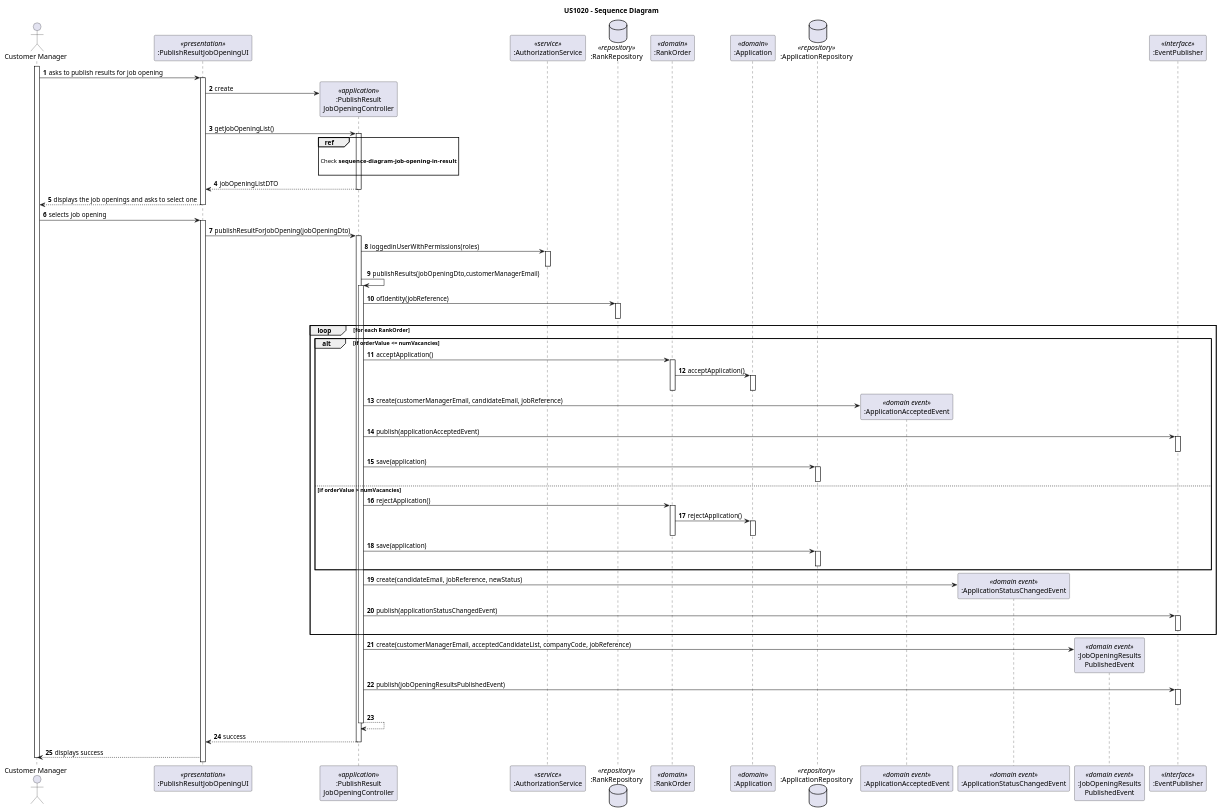
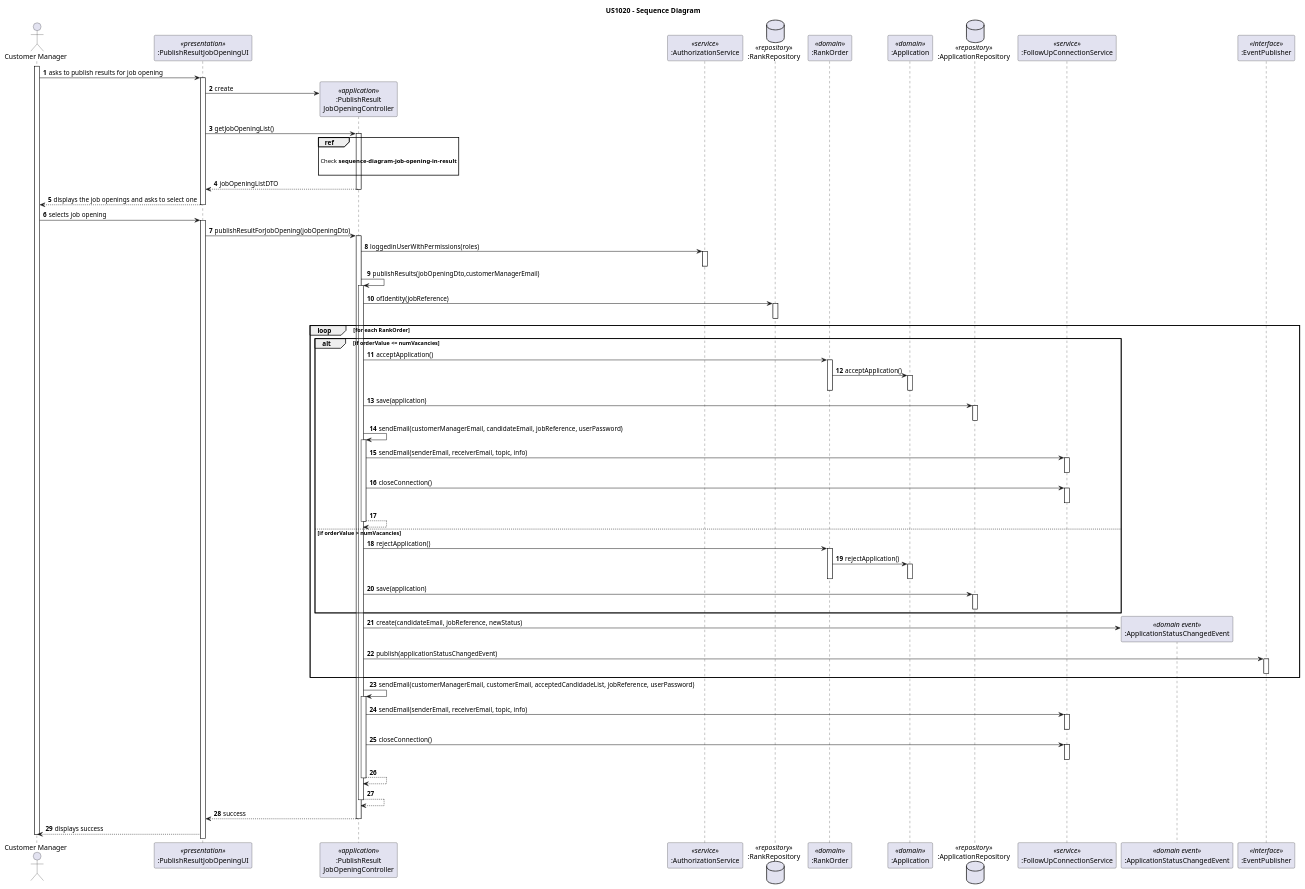
Before and after one commit to rita-barbosa/LAPR4-2324: the diagram in docs/sprint-c/us_1020/design-diagrams/sequence-diagram.puml, drawn with PlantUML. The commit also changed 8 other files, not shown here.

```diff
--- a/docs/sprint-c/us_1020/design-diagrams/sequence-diagram.puml
+++ b/docs/sprint-c/us_1020/design-diagrams/sequence-diagram.puml
@@ -1,125 +1,142 @@
 @startuml
 'https://plantuml.com/sequence-diagram
 
 title US1020 - Sequence Diagram
 
 autonumber
 
 actor "Customer Manager" as USER
 participant ":PublishResultJobOpeningUI" as UI <<presentation>>
 participant ":PublishResult\nJobOpeningController" as CTRL <<application>>
 participant ":AuthorizationService" as AUTHZ <<service>>
 database ":RankRepository" as R_REPO <<repository>>
 participant ":RankOrder" as R <<domain>>
 participant ":Application" as A <<domain>>
 database ":ApplicationRepository" as A_REPO <<repository>>
-participant ":ApplicationAcceptedEvent" as NAAE <<domain event>>
+participant ":FollowUpConnectionService" as FUCS <<service>>
 participant ":ApplicationStatusChangedEvent" as ASCE <<domain event>>
-participant ":JobOpeningResults\nPublishedEvent" as JORPE <<domain event>>
 participant ":EventPublisher" as EP <<interface>>
 
 
 activate USER
 
 USER -> UI : asks to publish results for job opening
 activate UI
 
 UI -> CTRL**: create
 
 UI -> CTRL : getJobOpeningList()
 activate CTRL
 
 ref over CTRL
 
 Check **sequence-diagram-job-opening-in-result**
 
 end ref
 
 CTRL --> UI: jobOpeningListDTO
 deactivate CTRL
 
 UI --> USER : displays the job openings and asks to select one
 deactivate UI
 
 
 USER -> UI : selects job opening
 activate UI
 
     UI -> CTRL: publishResultForJobOpening(jobOpeningDto)
     activate CTRL
 
     CTRL -> AUTHZ:  loggedinUserWithPermissions(roles)
     activate AUTHZ
     deactivate AUTHZ
 
     CTRL -> CTRL : publishResults(jobOpeningDto,customerManagerEmail)
     activate CTRL
 
         CTRL -> R_REPO: ofIdentity(jobReference)
         activate R_REPO
         deactivate R_REPO
 
 
 
             loop for each RankOrder
 
                 alt if orderValue <= numVacancies
 
                     CTRL -> R : acceptApplication()
                     activate R
 
                     R -> A : acceptApplication()
                     activate A
                     deactivate A
                     deactivate R
 
-                    CTRL -> NAAE**: create(customerManagerEmail, candidateEmail, jobReference)
-                    CTRL -> EP: publish(applicationAcceptedEvent)
-                    activate EP
-                    deactivate EP
-
                     CTRL -> A_REPO: save(application)
                     activate A_REPO
                     deactivate A_REPO
+
+                    CTRL -> CTRL:  sendEmail(customerManagerEmail, candidateEmail, jobReference, userPassword)
+                    activate CTRL
+
+                    CTRL -> FUCS: sendEmail(senderEmail, receiverEmail, topic, info)
+                    activate FUCS
+                    deactivate FUCS
+
+                    CTRL -> FUCS: closeConnection()
+                    activate FUCS
+                    deactivate FUCS
+
+                    CTRL --> CTRL:
+                    deactivate CTRL
+
                 else if orderValue > numVacancies
 
                     CTRL -> R : rejectApplication()
                     activate R
 
                     R -> A : rejectApplication()
                     activate A
                     deactivate A
                     deactivate R
 
                     CTRL -> A_REPO: save(application)
                     activate A_REPO
                     deactivate A_REPO
                 end alt
 
 
-
-               CTRL -> ASCE** : create(candidateEmail, jobReference, newStatus)
+                CTRL -> ASCE** : create(candidateEmail, jobReference, newStatus)
                 CTRL-> EP: publish(applicationStatusChangedEvent)
                 activate EP
                 deactivate EP
             end loop
 
+            CTRL -> CTRL:  sendEmail(customerManagerEmail, customerEmail, acceptedCandidadeList, jobReference, userPassword)
+            activate CTRL
 
-    CTRL-> JORPE**: create(customerManagerEmail, acceptedCandidateList, companyCode, jobReference)
-    CTRL -> EP: publish(jobOpeningResultsPublishedEvent)
-    activate EP
-    deactivate EP
+            CTRL -> FUCS: sendEmail(senderEmail, receiverEmail, topic, info)
+            activate FUCS
+            deactivate FUCS
+
+            CTRL -> FUCS: closeConnection()
+            activate FUCS
+            deactivate FUCS
+
+            CTRL --> CTRL:
+            deactivate CTRL
+
 
 
     CTRL --> CTRL:
     deactivate CTRL
 
 CTRL --> UI: success
 deactivate CTRL
 
 UI --> USER: displays success
 
 deactivate USER
 
 
 @enduml
```
